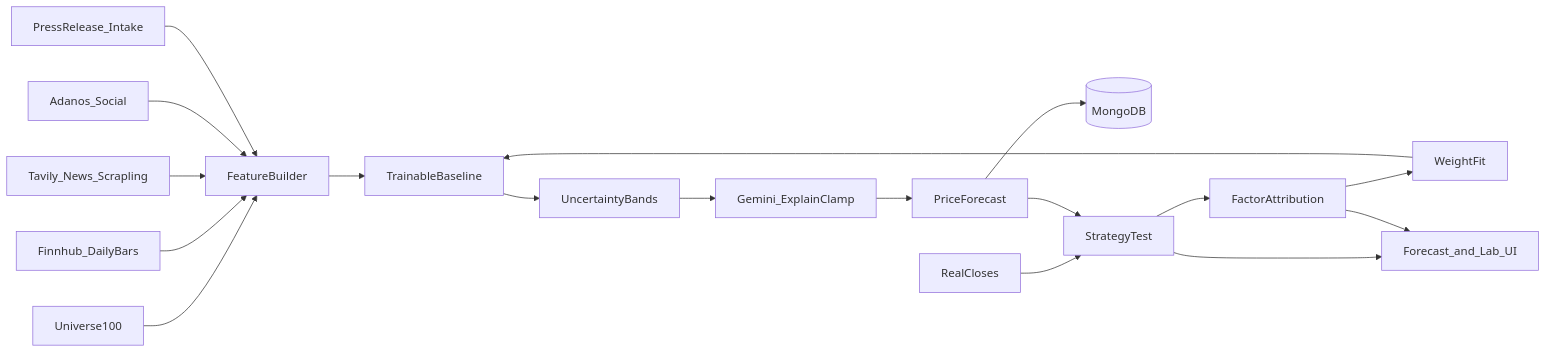
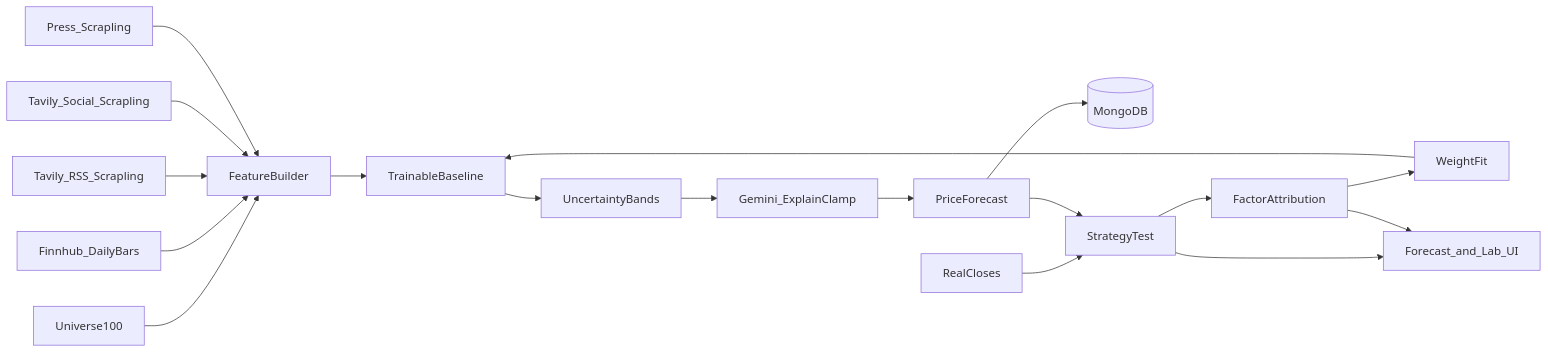
Before and after one commit to nitishberi/OpenStock: the diagram in docs/architecture.md, drawn with Mermaid. The commit also changed other lines of this file and 18 other files, not shown here.

First line of the commit message:
fix: social intake via Tavily/RSS → Scrapling → VADER (drop Adanos)

````diff
--- a/docs/architecture.md
+++ b/docs/architecture.md
@@ -14,20 +14,20 @@
 ```mermaid
 flowchart LR
   Universe[Universe100] --> Features[FeatureBuilder]
   Finnhub[Finnhub_DailyBars] --> Features
-  News[Tavily_News_Scrapling] --> Features
-  Social[Adanos_Social] --> Features
-  Press[PressRelease_Intake] --> Features
+  News[Tavily_RSS_Scrapling] --> Features
+  Social[Tavily_Social_Scrapling] --> Features
+  Press[Press_Scrapling] --> Features
   Features --> Baseline[TrainableBaseline]
   Baseline --> Bands[UncertaintyBands]
   Bands --> Gemini[Gemini_ExplainClamp]
   Gemini --> Forecast[PriceForecast]
   Forecast --> Mongo[(MongoDB)]
   Actuals[RealCloses] --> Eval[StrategyTest]
   Forecast --> Eval
   Eval --> Attribution[FactorAttribution]
   Attribution --> Train[WeightFit]
   Train --> Baseline
   Eval --> UI[Forecast_and_Lab_UI]
   Attribution --> UI
 ```
````
